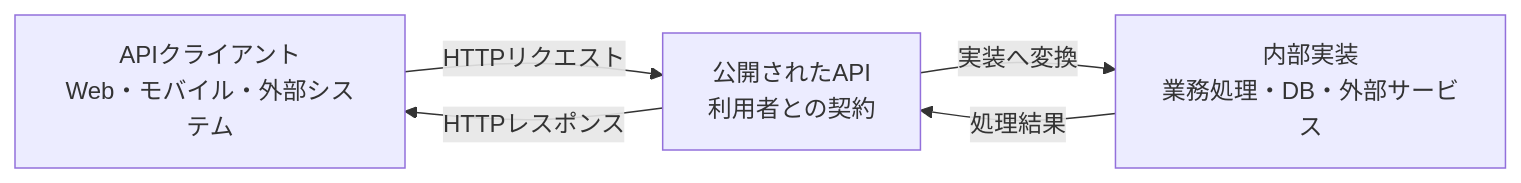
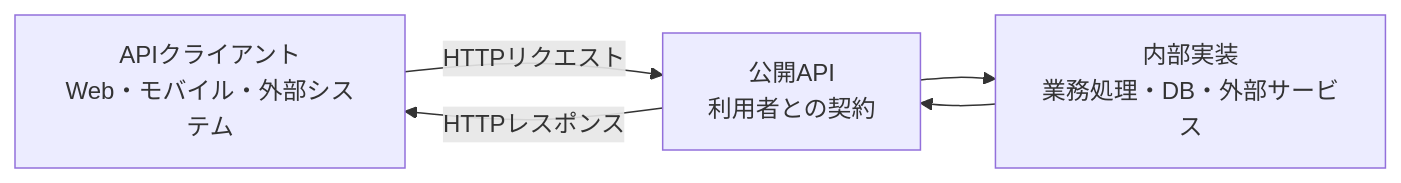
Before and after one commit to nagahara-naoki/zenn: the diagram in books/api-design-textbook/01-api-as-contract.md, drawn with Mermaid. The commit also changed other lines of this file and 33 other files, not shown here.

````diff
--- a/books/api-design-textbook/01-api-as-contract.md
+++ b/books/api-design-textbook/01-api-as-contract.md
@@ -36,11 +25,11 @@
 ```mermaid
 flowchart LR
     C["APIクライアント<br/>Web・モバイル・外部システム"]
-    A["公開されたAPI<br/>利用者との契約"]
+    A["公開API<br/>利用者との契約"]
     I["内部実装<br/>業務処理・DB・外部サービス"]
 
     C -->|"HTTPリクエスト"| A
-    A -->|"実装へ変換"| I
-    I -->|"処理結果"| A
+    A --> I
+    I --> A
     A -->|"HTTPレスポンス"| C
 ```
````
